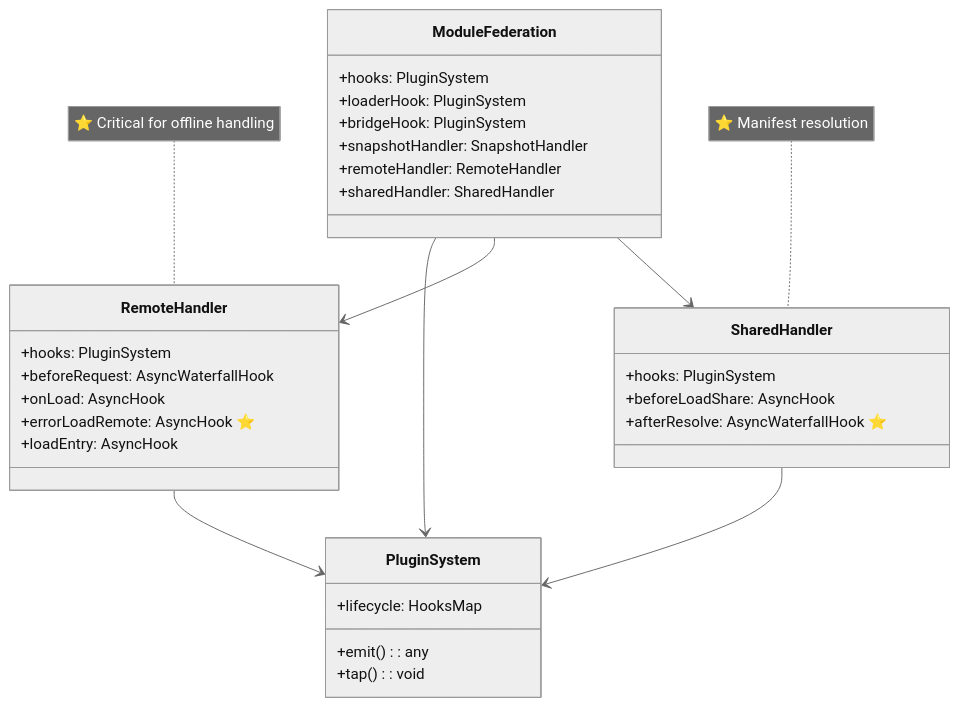
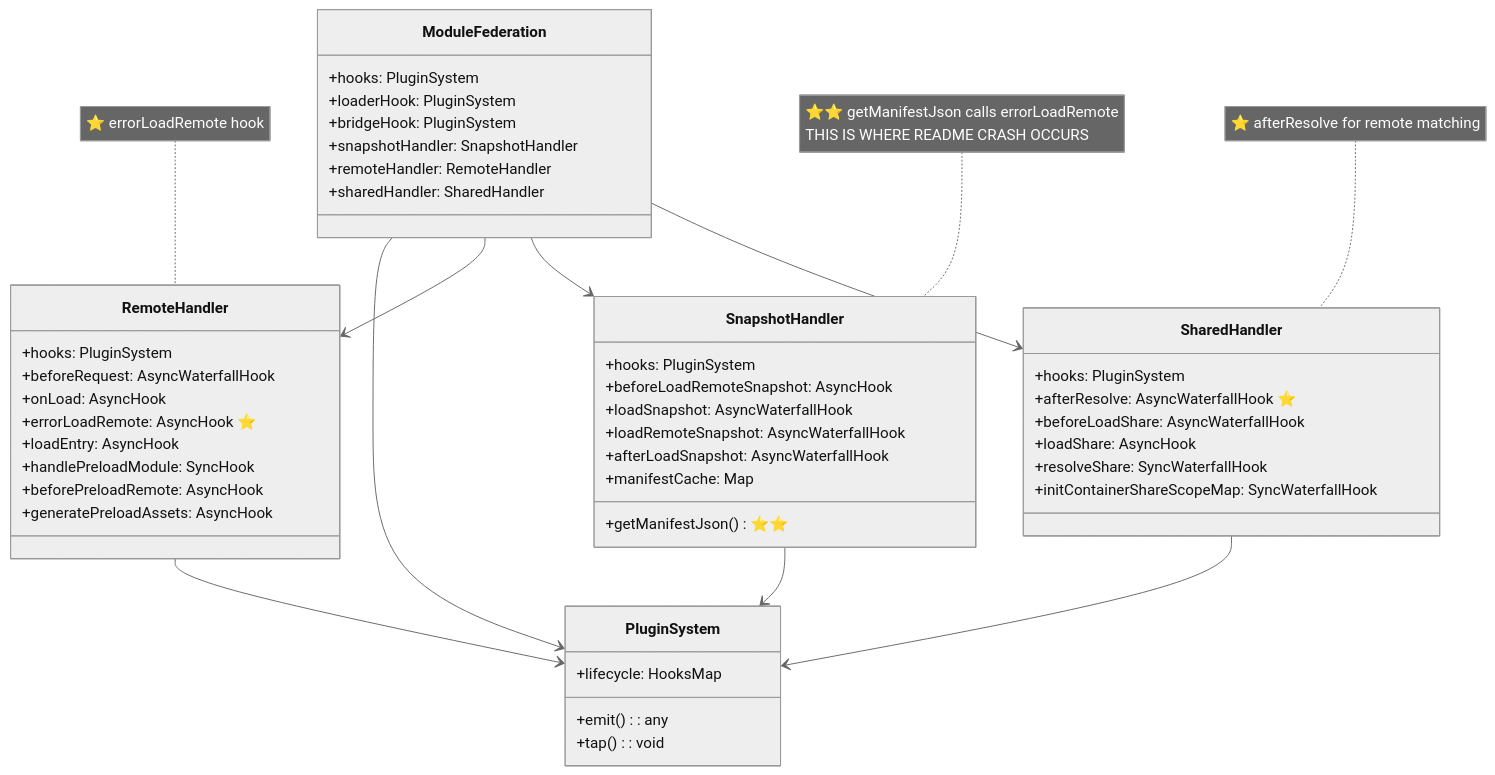
The second of 6 diagrams in RUNTIME_HOOKS_ANALYSIS.md (arivasnxt/mf-issue-greedy-fetching), drawn with Mermaid (neutral theme) before and after one commit. The commit also changed other lines of this file, not shown here.

First line of the commit message:
fix: correct runtime hooks analysis diagrams based on actual source code

````diff
--- a/RUNTIME_HOOKS_ANALYSIS.md
+++ b/RUNTIME_HOOKS_ANALYSIS.md
@@ -51,40 +51,59 @@
 ```mermaid
 classDiagram
     class ModuleFederation {
         +hooks: PluginSystem
         +loaderHook: PluginSystem
         +bridgeHook: PluginSystem
         +snapshotHandler: SnapshotHandler
         +remoteHandler: RemoteHandler
         +sharedHandler: SharedHandler
     }
     
     class PluginSystem {
         +lifecycle: HooksMap
         +emit(): any
         +tap(): void
     }
     
     class RemoteHandler {
         +hooks: PluginSystem
         +beforeRequest: AsyncWaterfallHook
         +onLoad: AsyncHook
         +errorLoadRemote: AsyncHook ⭐
         +loadEntry: AsyncHook
+        +handlePreloadModule: SyncHook
+        +beforePreloadRemote: AsyncHook
+        +generatePreloadAssets: AsyncHook
+    }
+    
+    class SnapshotHandler {
+        +hooks: PluginSystem
+        +beforeLoadRemoteSnapshot: AsyncHook
+        +loadSnapshot: AsyncWaterfallHook
+        +loadRemoteSnapshot: AsyncWaterfallHook
+        +afterLoadSnapshot: AsyncWaterfallHook
+        +manifestCache: Map
+        +getManifestJson() ⭐⭐
     }
     
     class SharedHandler {
         +hooks: PluginSystem
-        +beforeLoadShare: AsyncHook
         +afterResolve: AsyncWaterfallHook ⭐
+        +beforeLoadShare: AsyncWaterfallHook
+        +loadShare: AsyncHook
+        +resolveShare: SyncWaterfallHook
+        +initContainerShareScopeMap: SyncWaterfallHook
     }
     
     ModuleFederation --> PluginSystem
     ModuleFederation --> RemoteHandler
+    ModuleFederation --> SnapshotHandler
     ModuleFederation --> SharedHandler
     RemoteHandler --> PluginSystem
+    SnapshotHandler --> PluginSystem
     SharedHandler --> PluginSystem
     
-    note for RemoteHandler "⭐ Critical for offline handling"
-    note for SharedHandler "⭐ Manifest resolution"
+    note for RemoteHandler "⭐ errorLoadRemote hook"
+    note for SnapshotHandler "⭐⭐ getManifestJson calls errorLoadRemote<br/>THIS IS WHERE README CRASH OCCURS"
+    note for SharedHandler "⭐ afterResolve for remote matching"
 ```
````
